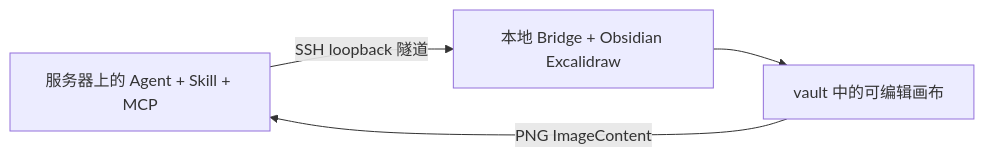
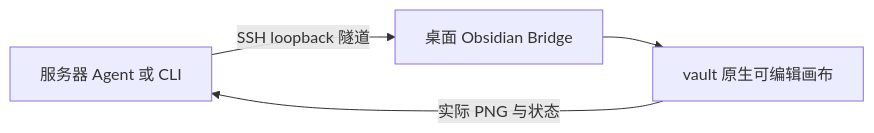
The diagram in README.zh-CN.md (Bowen-0x00/obsidian-excalidraw-agent-skill), drawn with Mermaid before and after one commit. The commit also changed other lines of this file and 52 other files, not shown here.

````diff
--- a/README.zh-CN.md
+++ b/README.zh-CN.md
@@ -48,6 +164,6 @@
 ```mermaid
 flowchart LR
-  A[服务器上的 Agent + Skill + MCP] -->|SSH loopback 隧道| B[本地 Bridge + Obsidian Excalidraw]
-  B --> C[vault 中的可编辑画布]
-  C -->|PNG ImageContent| A
+  A[服务器 Agent 或 CLI] -->|SSH loopback 隧道| B[桌面 Obsidian Bridge]
+  B --> C[vault 原生可编辑画布]
+  C -->|实际 PNG 与状态| A
 ```
````
